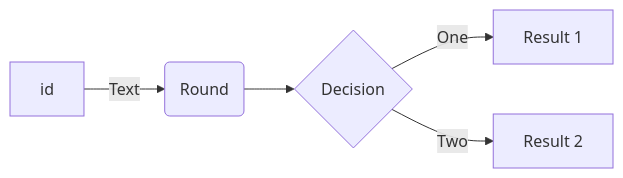
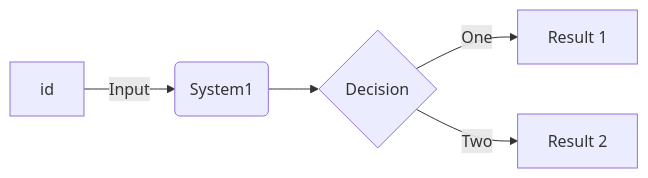
The third of 3 diagrams in signal-processing/kutz/5/README.md (setrar/dsp), drawn with Mermaid before and after one commit.

````diff
--- a/signal-processing/kutz/5/README.md
+++ b/signal-processing/kutz/5/README.md
@@ -54,8 +54,8 @@
 ```mermaid
 flowchart LR
 
-id -->|Text| B(Round)
+id -->|Input| B(System1)
 B --> C{Decision}
 C -->|One| D[Result 1]
 C -->|Two| E[Result 2]
 ```
````
